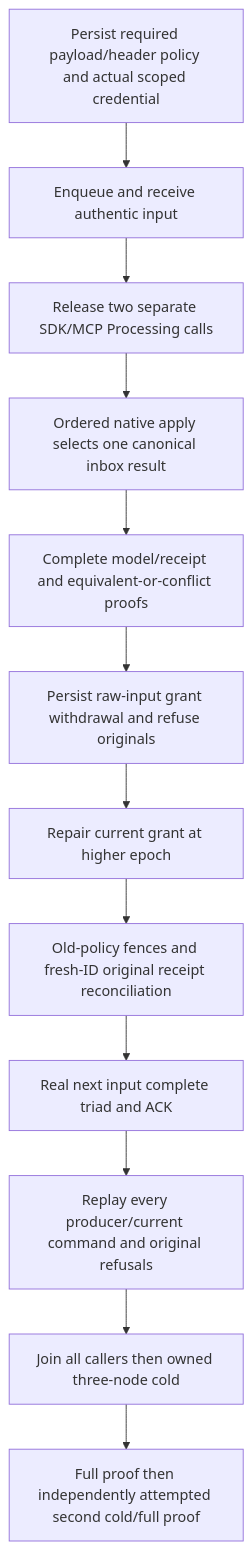
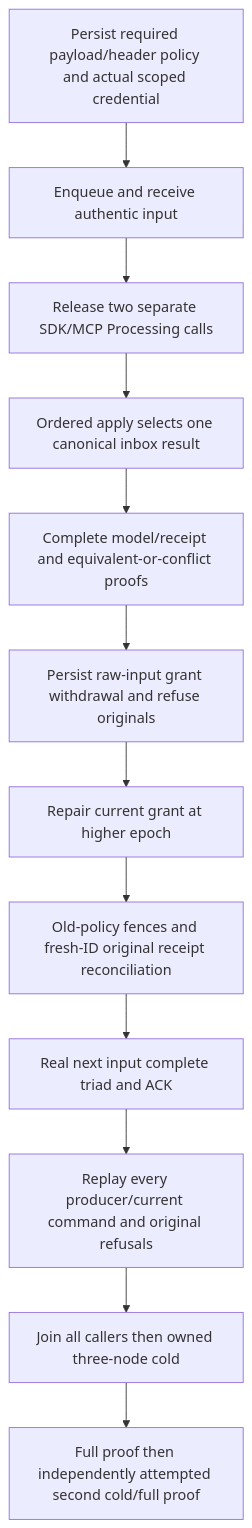
The diagram in docs/Features/Messaging/CompetingInboxPublic.md (managedcode/KeyLoad), drawn with Mermaid before and after one commit. The commit also changed other lines of this file and 9016 other files, not shown here.

````diff
--- a/docs/Features/Messaging/CompetingInboxPublic.md
+++ b/docs/Features/Messaging/CompetingInboxPublic.md
@@ -21,14 +21,14 @@
 ```mermaid
 flowchart TD
     A[Persist required payload/header policy and actual scoped credential] --> B[Enqueue and receive authentic input]
     B --> C[Release two separate SDK/MCP Processing calls]
-    C --> D[Ordered native apply selects one canonical inbox result]
+    C --> D[Ordered apply selects one canonical inbox result]
     D --> E[Complete model/receipt and equivalent-or-conflict proofs]
     E --> F[Persist raw-input grant withdrawal and refuse originals]
     F --> G[Repair current grant at higher epoch]
     G --> H[Old-policy fences and fresh-ID original receipt reconciliation]
     H --> I[Real next input complete triad and ACK]
     I --> J[Replay every producer/current command and original refusals]
     J --> K[Join all callers then owned three-node cold]
     K --> L[Full proof then independently attempted second cold/full proof]
 ```
````
